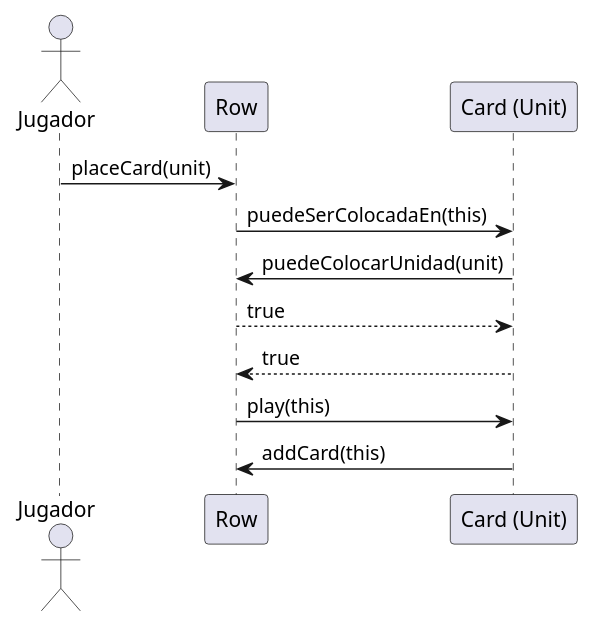
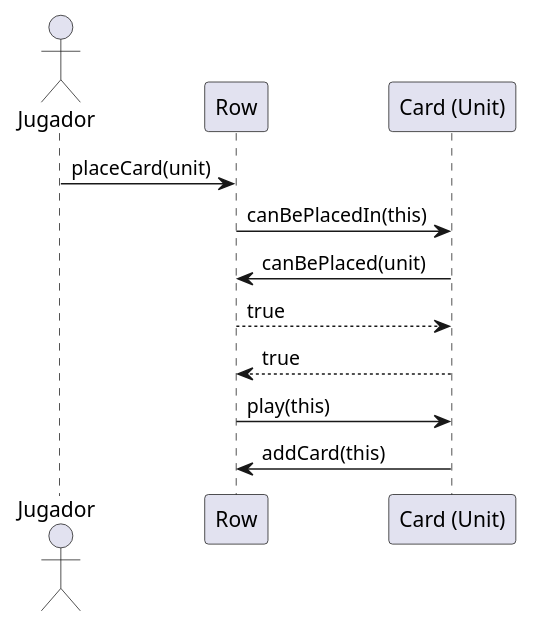
Before and after one commit to Yonhir/algo3_proyecto_base_tp2: the diagram in diagrams/sequences/JugadorColocandoUnaCartaEnRow.puml, drawn with PlantUML. The commit also changed 7 other files, not shown here.

```diff
--- a/diagrams/sequences/JugadorColocandoUnaCartaEnRow.puml
+++ b/diagrams/sequences/JugadorColocandoUnaCartaEnRow.puml
@@ -1,15 +1,15 @@
 @startuml
 actor Jugador
 
 participant "Row" as row
 participant "Card (Unit)" as unit
 
 Jugador -> row : placeCard(unit)
-row -> unit : puedeSerColocadaEn(this)
-unit -> row : puedeColocarUnidad(unit)
+row -> unit : canBePlacedIn(this)
+unit -> row : canBePlaced(unit)
 row --> unit : true
 row <-- unit : true
 
 row -> unit : play(this)
 unit -> row : addCard(this)
 @enduml
```
